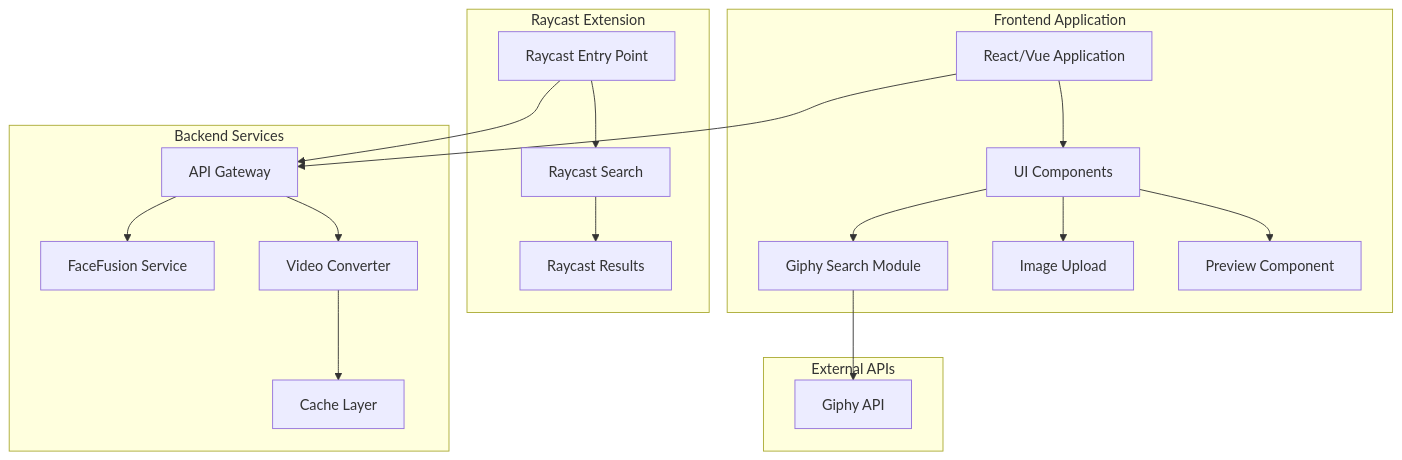
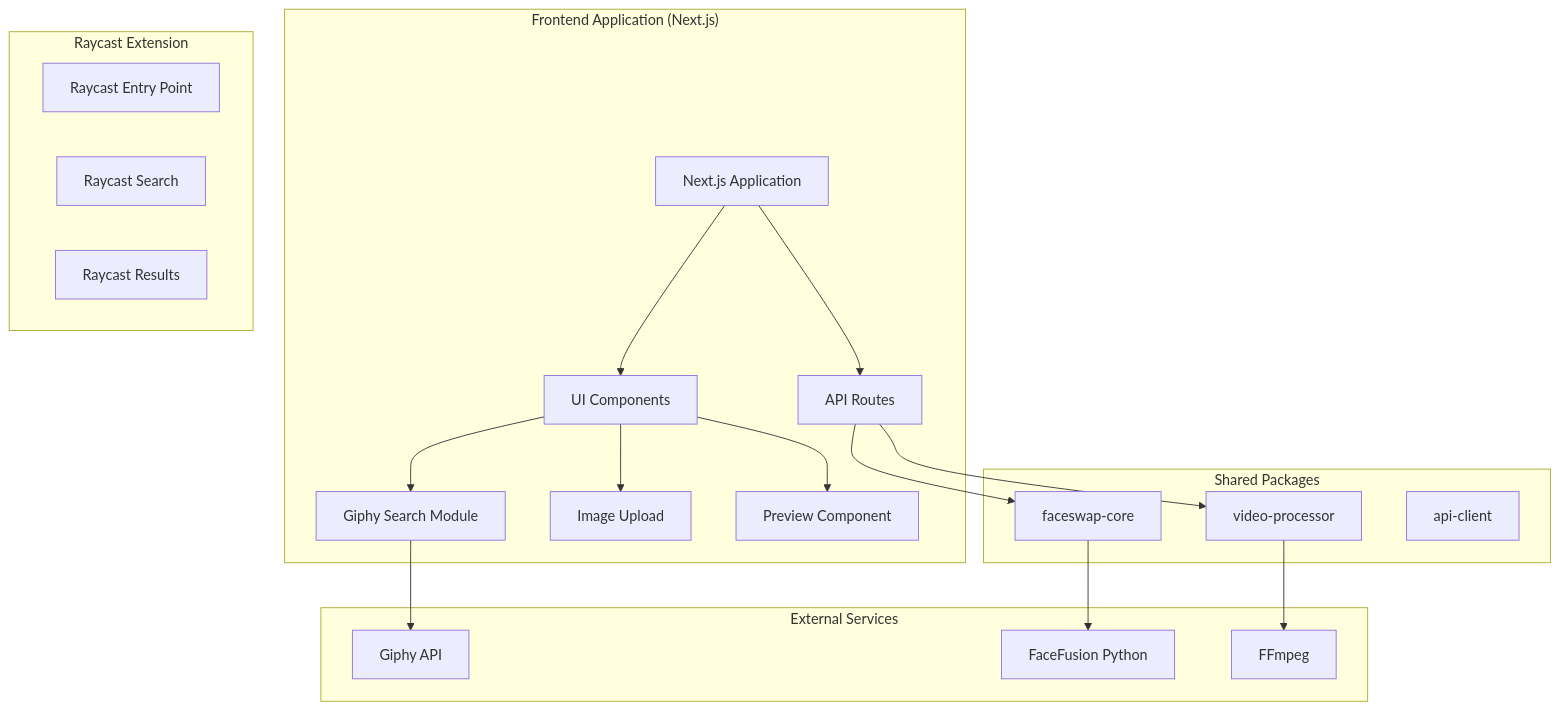
The first of 2 diagrams in README.md (Tlahey/meme-swap), drawn with Mermaid before and after one commit. The commit also changed other lines of this file and 7 other files, not shown here.

Commit message:
docs: update documentation, roadmap details, and agent development guidelines

````diff
--- a/README.md
+++ b/README.md
@@ -39,43 +39,43 @@
 ```mermaid
 graph TB
-    subgraph "Frontend Application"
-        FE[React/Vue Application]
+    subgraph "Frontend Application (Next.js)"
+        FE[Next.js Application]
         UI[UI Components]
+        API[API Routes]
         GiphySearch[Giphy Search Module]
         ImageUpload[Image Upload]
         Preview[Preview Component]
     end
     
     subgraph "Raycast Extension"
         RE[Raycast Entry Point]
         RS[Raycast Search]
         RR[Raycast Results]
     end
     
-    subgraph "Backend Services"
-        API[API Gateway]
-        FF[FaceFusion Service]
-        VC[Video Converter]
-        CACHE[Cache Layer]
+    subgraph "Shared Packages"
+        PKG_FACESWAP[faceswap-core]
+        PKG_VIDEO[video-processor]
+        PKG_API[api-client]
     end
     
-    subgraph "External APIs"
+    subgraph "External Services"
         GIPHY[Giphy API]
+        FACEFUSION[FaceFusion Python]
+        FFmpeg[FFmpeg]
     end
     
     FE --> UI
     UI --> GiphySearch
     UI --> ImageUpload
     UI --> Preview
+    FE --> API
     
-    RE --> RS
-    RS --> RR
+    API --> PKG_FACESWAP
+    API --> PKG_VIDEO
+    
+    PKG_FACESWAP --> FACEFUSION
+    PKG_VIDEO --> FFmpeg
     
     GiphySearch --> GIPHY
-    FE --> API
-    RE --> API
-    
-    API --> FF
-    API --> VC
-    VC --> CACHE
 ```
````
